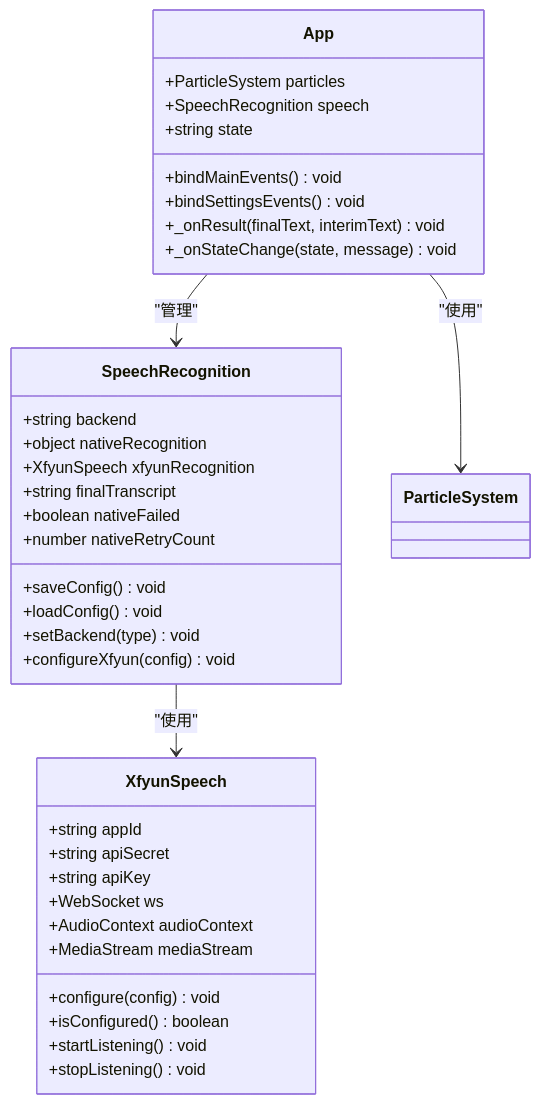
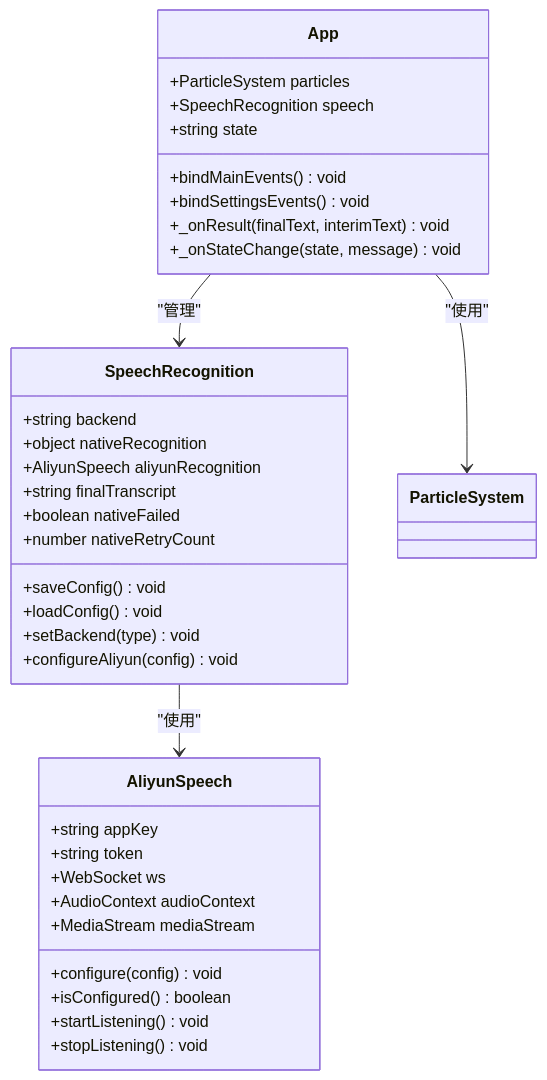
Before and after one commit to db300/MySpeechRecognition: the sixth of 8 diagrams in .qoder/repowiki/zh/content/故障排除指南/错误处理和调试.md, drawn with Mermaid. The commit also changed other lines of this file and 10 other files, not shown here.

````diff
--- a/.qoder/repowiki/zh/content/故障排除指南/错误处理和调试.md
+++ b/.qoder/repowiki/zh/content/故障排除指南/错误处理和调试.md
@@ -234,39 +226,38 @@
 ```mermaid
 classDiagram
 class SpeechRecognition {
 +string backend
 +object nativeRecognition
-+XfyunSpeech xfyunRecognition
++AliyunSpeech aliyunRecognition
 +string finalTranscript
 +boolean nativeFailed
 +number nativeRetryCount
 +saveConfig() void
 +loadConfig() void
 +setBackend(type) void
-+configureXfyun(config) void
++configureAliyun(config) void
 }
-class XfyunSpeech {
-+string appId
-+string apiSecret
-+string apiKey
+class AliyunSpeech {
++string appKey
++string token
 +WebSocket ws
 +AudioContext audioContext
 +MediaStream mediaStream
 +configure(config) void
 +isConfigured() boolean
 +startListening() void
 +stopListening() void
 }
 class App {
 +ParticleSystem particles
 +SpeechRecognition speech
 +string state
 +bindMainEvents() void
 +bindSettingsEvents() void
 +_onResult(finalText, interimText) void
 +_onStateChange(state, message) void
 }
-SpeechRecognition --> XfyunSpeech : "使用"
+SpeechRecognition --> AliyunSpeech : "使用"
 App --> SpeechRecognition : "管理"
 App --> ParticleSystem : "使用"
 ```
````
